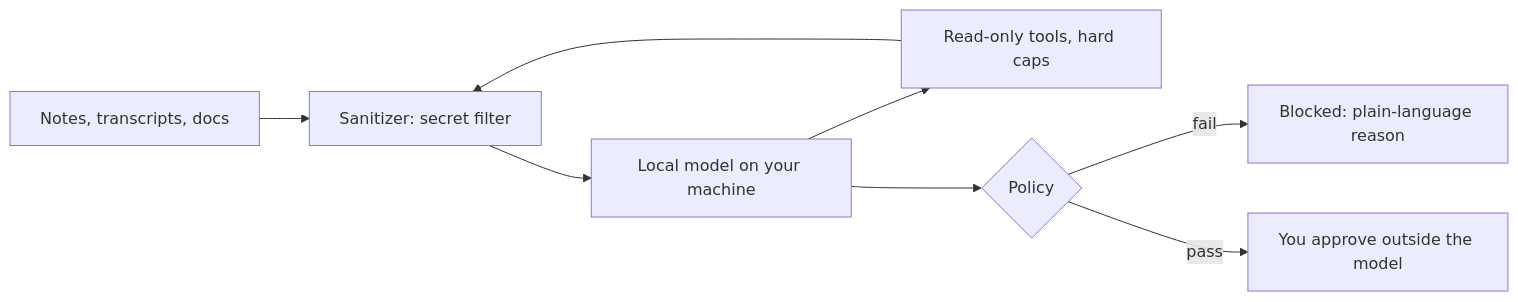
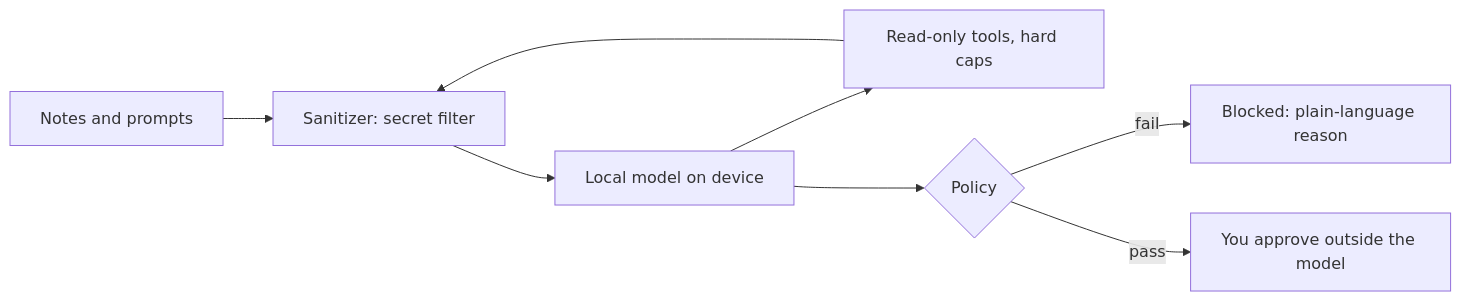
One commit to 9lordisgod/salomon changed the first of 2 diagrams in README.md. Above: the diagram before and after it, drawn with Mermaid. The commit also changed other lines of this file and 2 other files, not shown here.

````diff
--- a/README.md
+++ b/README.md
@@ -13,10 +13,10 @@
 ```mermaid
 flowchart LR
-  A[Notes, transcripts, docs] --> B[Sanitizer: secret filter]
-  B --> C[Local model on your machine]
+  A[Notes and prompts] --> B[Sanitizer: secret filter]
+  B --> C[Local model on device]
   C --> T[Read-only tools, hard caps]
   T --> B
   C --> P{Policy}
   P -->|fail| X[Blocked: plain-language reason]
   P -->|pass| H[You approve outside the model]
 ```
````
